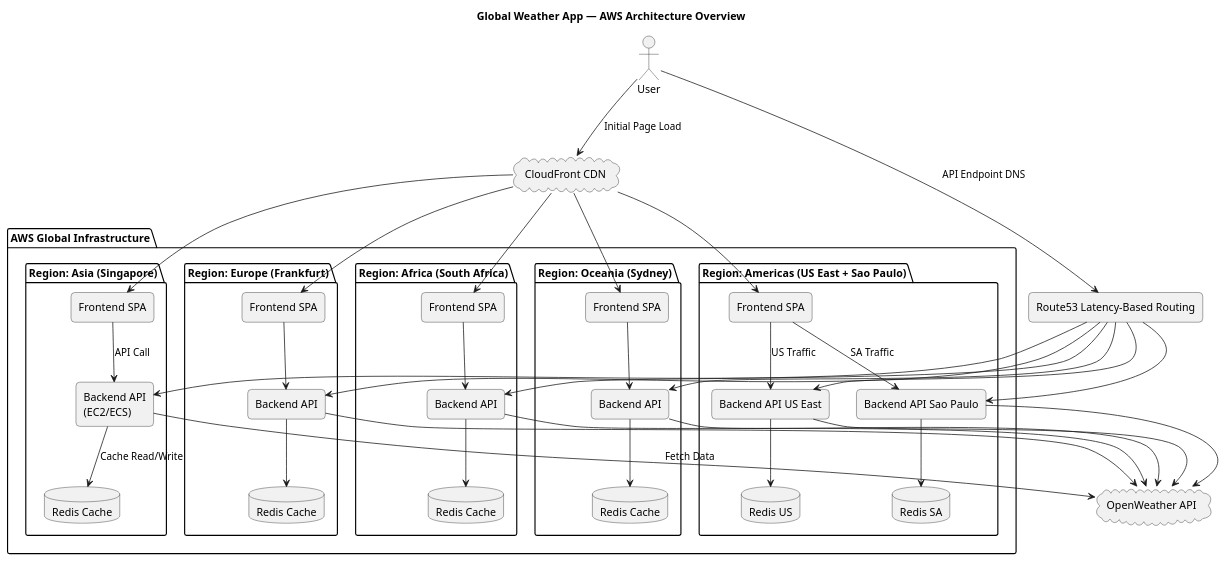
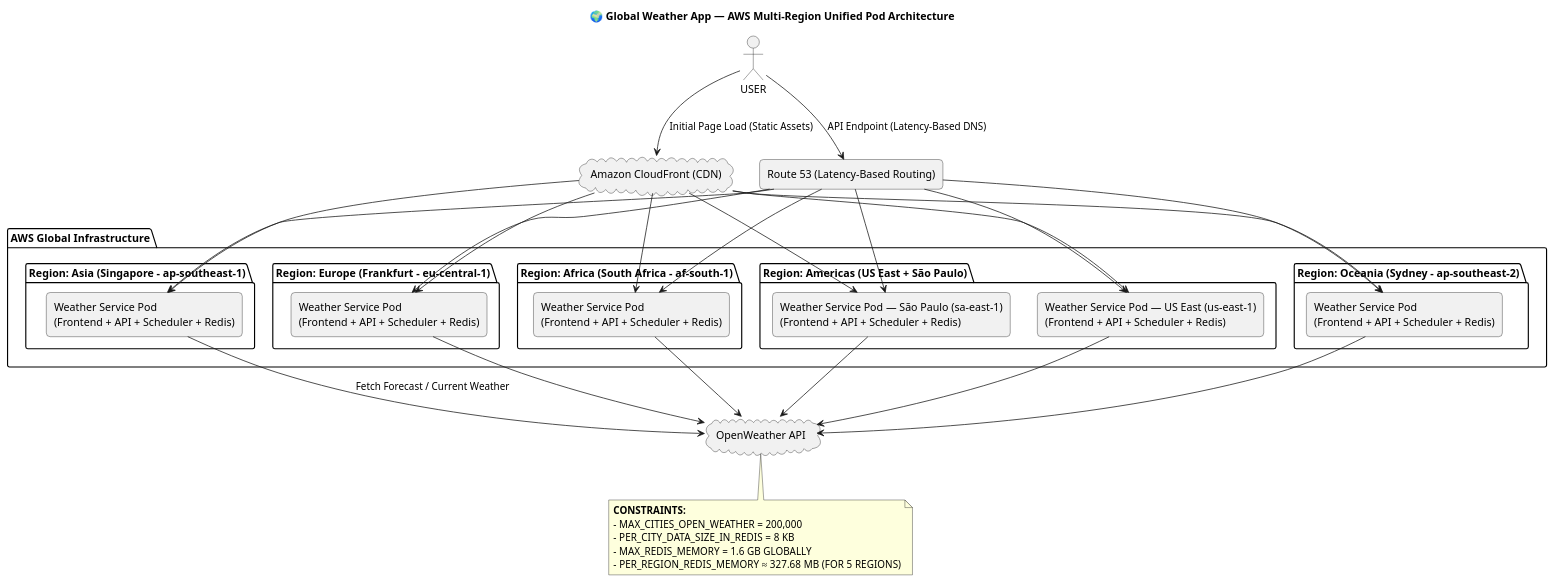
Before and after one commit to shivamnamdeo0101/weather-app: the diagram in AWS_ARCH.puml, drawn with PlantUML.

Commit message:
CONSTRAINTS AND AWS ADDED

```diff
--- a/AWS_ARCH.puml
+++ b/AWS_ARCH.puml
@@ -1,121 +1,108 @@
 @startuml
-title Global Weather App — AWS Architecture Overview
+title 🌍 Global Weather App — AWS Multi-Region Unified Pod Architecture
 
-' Layout Settings for Readability
+' --- Layout Settings ---
 skinparam packagePadding 15
 skinparam rectangle {
     Shadowing false
     RoundCorner 10
     Padding 8
-    MinWidth 150
+    MinWidth 180
 }
 skinparam database {
     Shadowing false
     RoundCorner 10
     Padding 8
-    MinWidth 150
+    MinWidth 160
 }
 skinparam cloud {
     Shadowing false
 }
 
-actor User
+actor USER
 cloud OPENWEATHER as "OpenWeather API"
 
+' ===========================
+' AWS GLOBAL INFRASTRUCTURE
+' ===========================
 package "AWS Global Infrastructure" {
 
-    ' -------- ASIA REGION (Singapore) --------
-    package "Region: Asia (Singapore)" {
-        rectangle FE_ASIA as "Frontend SPA"
-        database REDIS_ASIA as "Redis Cache"
-        rectangle BE_ASIA as "Backend API\n(EC2/ECS)"
+    ' -------- ASIA REGION --------
+    package "Region: Asia (Singapore - ap-southeast-1)" {
+        rectangle POD_ASIA as "Weather Service Pod\n(Frontend + API + Scheduler + Redis)"
     }
 
-    ' -------- EUROPE REGION (Frankfurt) --------
-    package "Region: Europe (Frankfurt)" {
-        rectangle FE_EU as "Frontend SPA"
-        database REDIS_EU as "Redis Cache"
-        rectangle BE_EU as "Backend API"
+    ' -------- EUROPE REGION --------
+    package "Region: Europe (Frankfurt - eu-central-1)" {
+        rectangle POD_EU as "Weather Service Pod\n(Frontend + API + Scheduler + Redis)"
     }
 
-    ' -------- AFRICA REGION (South Africa) --------
-    package "Region: Africa (South Africa)" {
-        rectangle FE_AF as "Frontend SPA"
-        database REDIS_AF as "Redis Cache"
-        rectangle BE_AF as "Backend API"
+    ' -------- AFRICA REGION --------
+    package "Region: Africa (South Africa - af-south-1)" {
+        rectangle POD_AF as "Weather Service Pod\n(Frontend + API + Scheduler + Redis)"
     }
 
-    ' -------- AMERICAS REGION (US East + Sao Paulo) --------
-    package "Region: Americas (US East + Sao Paulo)" {
-        rectangle FE_AM as "Frontend SPA"
-        rectangle BE_US as "Backend API US East"
-        rectangle BE_SA as "Backend API Sao Paulo"
-        database REDIS_US as "Redis US"
-        database REDIS_SA as "Redis SA"
+    ' -------- AMERICAS REGION --------
+    package "Region: Americas (US East + São Paulo)" {
+        rectangle POD_US as "Weather Service Pod — US East (us-east-1)\n(Frontend + API + Scheduler + Redis)"
+        rectangle POD_SA as "Weather Service Pod — São Paulo (sa-east-1)\n(Frontend + API + Scheduler + Redis)"
     }
 
-    ' -------- OCEANIA REGION (Sydney) --------
-    package "Region: Oceania (Sydney)" {
-        rectangle FE_OC as "Frontend SPA"
-        database REDIS_OC as "Redis Cache"
-        rectangle BE_OC as "Backend API"
+    ' -------- OCEANIA REGION --------
+    package "Region: Oceania (Sydney - ap-southeast-2)" {
+        rectangle POD_OC as "Weather Service Pod\n(Frontend + API + Scheduler + Redis)"
     }
 }
 
-' --- Global Services ---
+' ===========================
+' GLOBAL SERVICES
+' ===========================
+cloud CF as "Amazon CloudFront (CDN)"
+rectangle R53 as "Route 53 (Latency-Based Routing)"
 
-cloud CF as "CloudFront CDN"
-rectangle R53 as "Route53 Latency-Based Routing"
+' ===========================
+' GLOBAL CONNECTION FLOW
+' ===========================
 
-' --- Global Connection Flow ---
+USER --> CF : Initial Page Load (Static Assets)
+USER --> R53 : API Endpoint (Latency-Based DNS)
 
-' 1. User to Global Entry Points
-User --> CF : Initial Page Load
-User --> R53 : API Endpoint DNS
+' CloudFront → Regional Pods (Frontend)
+CF --> POD_ASIA
+CF --> POD_EU
+CF --> POD_AF
+CF --> POD_US
+CF --> POD_SA
+CF --> POD_OC
 
-' 2. CloudFront (Static Content) to Regional Frontends
-CF --> FE_ASIA
-CF --> FE_EU
-CF --> FE_AF
-CF --> FE_AM
-CF --> FE_OC
+' Route 53 → Regional Pods (API Traffic)
+R53 --> POD_ASIA
+R53 --> POD_EU
+R53 --> POD_AF
+R53 --> POD_US
+R53 --> POD_SA
+R53 --> POD_OC
 
-' 3. Route53 (API Calls) to Regional Backends
-R53 --> BE_ASIA
-R53 --> BE_EU
-R53 --> BE_AF
-R53 --> BE_US
-R53 --> BE_SA
-R53 --> BE_OC
+' ===========================
+' REGIONAL DATA FLOW
+' ===========================
 
-' --- Regional Processing Flow ---
+POD_ASIA --> OPENWEATHER : Fetch Forecast / Current Weather
+POD_EU --> OPENWEATHER
+POD_AF --> OPENWEATHER
+POD_US --> OPENWEATHER
+POD_SA --> OPENWEATHER
+POD_OC --> OPENWEATHER
 
-' Asia (Singapore)
-FE_ASIA --> BE_ASIA : API Call
-BE_ASIA --> REDIS_ASIA : Cache Read/Write
-BE_ASIA --> OPENWEATHER : Fetch Data
-
-' Europe (Frankfurt)
-FE_EU --> BE_EU
-BE_EU --> REDIS_EU
-BE_EU --> OPENWEATHER
-
-' Africa (South Africa)
-FE_AF --> BE_AF
-BE_AF --> REDIS_AF
-BE_AF --> OPENWEATHER
-
-' Americas (US East + Sao Paulo) - Dual Backends
-FE_AM --> BE_US : US Traffic
-FE_AM --> BE_SA : SA Traffic
-BE_US --> REDIS_US
-BE_SA --> REDIS_SA
-BE_US --> OPENWEATHER
-BE_SA --> OPENWEATHER
-
-' Oceania (Sydney)
-FE_OC --> BE_OC
-BE_OC --> REDIS_OC
-BE_OC --> OPENWEATHER
+' ===========================
+' SYSTEM CONSTRAINTS
+' ===========================
+note bottom of OPENWEATHER
+<b>CONSTRAINTS:</b>
+- MAX_CITIES_OPEN_WEATHER = 200,000
+- PER_CITY_DATA_SIZE_IN_REDIS = 8 KB
+- MAX_REDIS_MEMORY = 1.6 GB GLOBALLY
+- PER_REGION_REDIS_MEMORY ≈ 327.68 MB (FOR 5 REGIONS)
+end note
 
 @enduml
```
